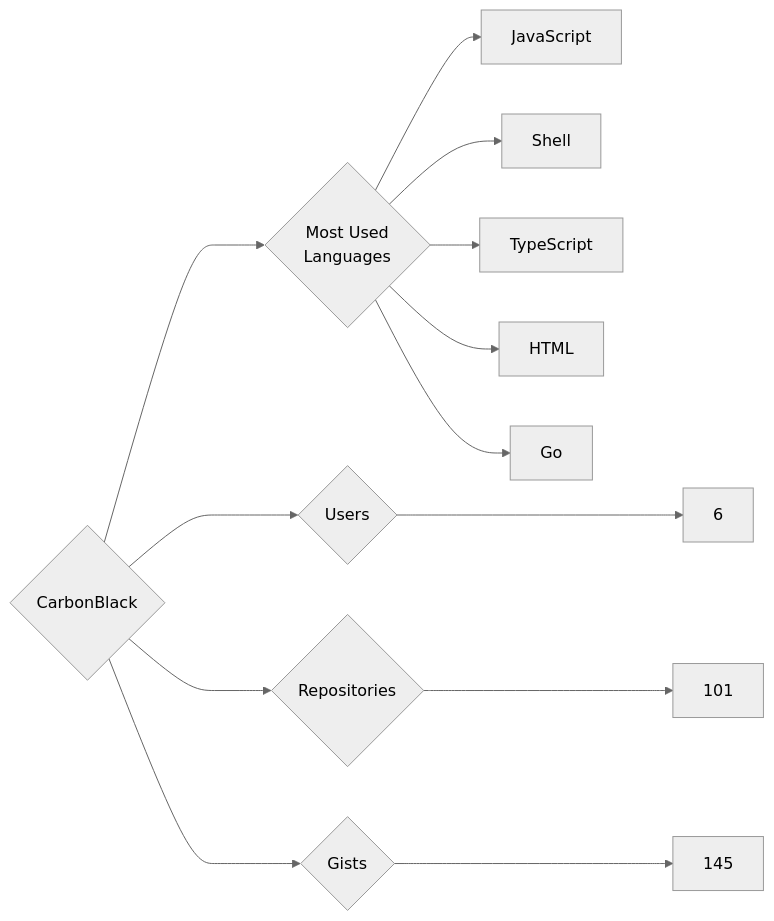
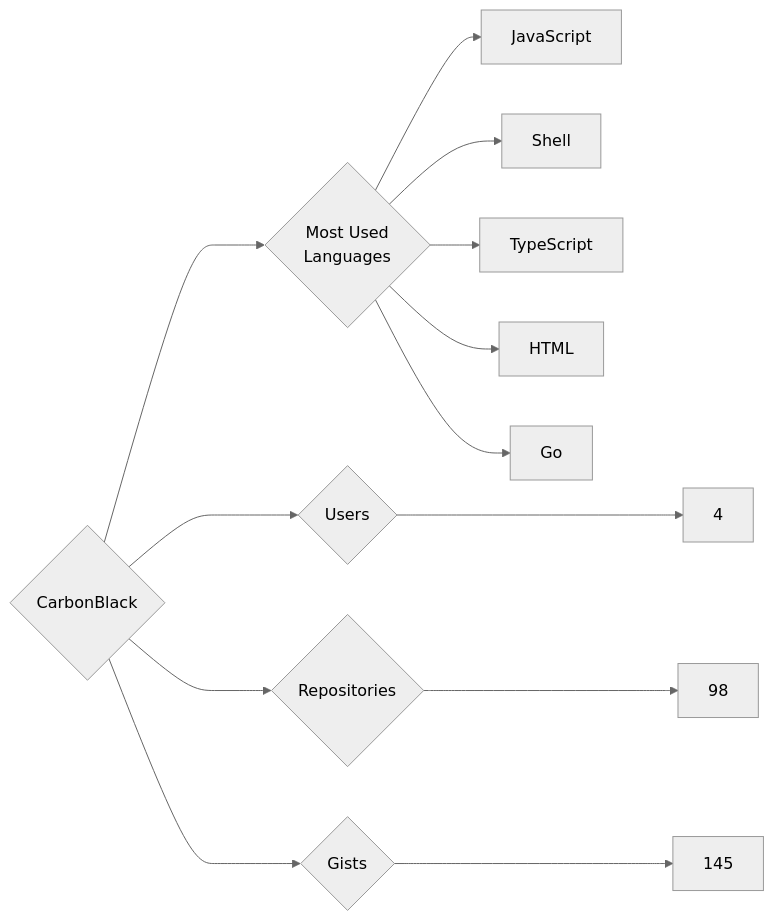
The diagram in targets/CarbonBlack/README.md (trickest/insiders), drawn with Mermaid (neutral theme) before and after one commit. The commit also changed 1036 other files, not shown here.

````diff
--- a/targets/CarbonBlack/README.md
+++ b/targets/CarbonBlack/README.md
@@ -3,13 +3,13 @@
 ```mermaid
 graph LR
 COMPANY_NAME{CarbonBlack}
-COMPANY_NAME ---> U{Users} ---> UN[6]
-COMPANY_NAME ---> R{Repositories} ---> RN[101]
+COMPANY_NAME ---> U{Users} ---> UN[4]
+COMPANY_NAME ---> R{Repositories} ---> RN[98]
 COMPANY_NAME ---> G{Gists} ---> GN[145]
 COMPANY_NAME ---> ML{Most Used<br>Languages}
 ML --> JavaScript[JavaScript]
 ML --> Shell[Shell]
 ML --> TypeScript[TypeScript]
 ML --> HTML[HTML]
 ML --> Go[Go]
 ```
````
